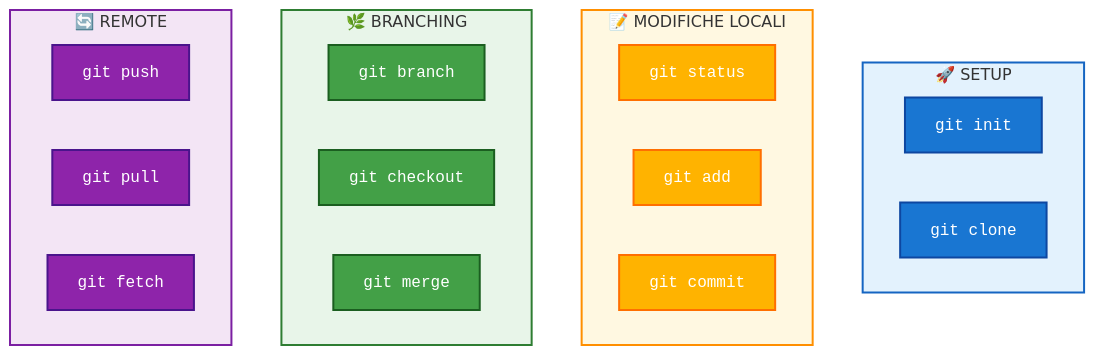
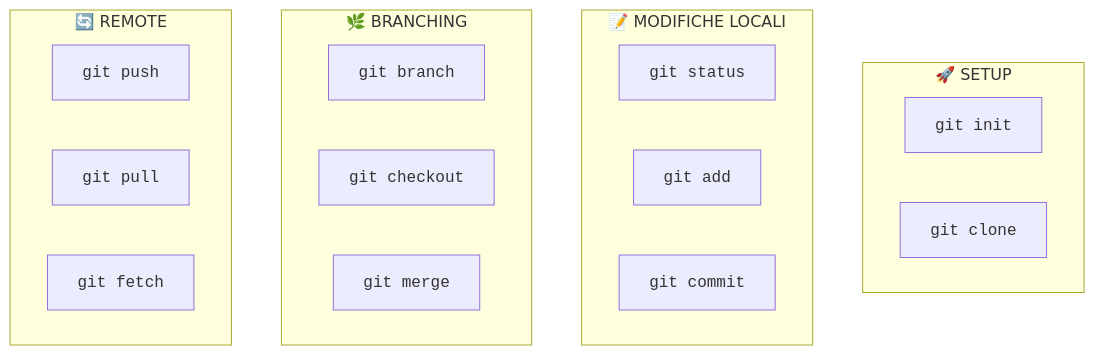
Before and after one commit to DaveFV91/GitCourse: the seventh of 7 diagrams in 01-teoria/01-vcs-git-basics.md, drawn with Mermaid. The commit also changed other lines of this file and 1 other file, not shown here.

````diff
--- a/01-teoria/01-vcs-git-basics.md
+++ b/01-teoria/01-vcs-git-basics.md
@@ -254,46 +174,29 @@
 ```mermaid
 flowchart TB
     subgraph SETUP["🚀 SETUP"]
         direction LR
         A["<code>git init</code>"]
         B["<code>git clone</code>"]
     end
     
     subgraph LOCAL["📝 MODIFICHE LOCALI"]
         direction LR
         C["<code>git status</code>"]
         D["<code>git add</code>"]
         E["<code>git commit</code>"]
     end
     
     subgraph BRANCH["🌿 BRANCHING"]
         direction LR
         F["<code>git branch</code>"]
         G["<code>git checkout</code>"]
         H["<code>git merge</code>"]
     end
     
     subgraph REMOTE["🔄 REMOTE"]
         direction LR
         I["<code>git push</code>"]
         J["<code>git pull</code>"]
         K["<code>git fetch</code>"]
     end
-    
-    style SETUP fill:#E3F2FD,stroke:#1565C2,stroke-width:2px
-    style LOCAL fill:#FFF8E1,stroke:#FF8F00,stroke-width:2px
-    style BRANCH fill:#E8F5E9,stroke:#2E7D32,stroke-width:2px
-    style REMOTE fill:#F3E5F5,stroke:#7B1FA2,stroke-width:2px
-    
-    style A fill:#1976D2,stroke:#0D47A1,stroke-width:2px,color:#fff
-    style B fill:#1976D2,stroke:#0D47A1,stroke-width:2px,color:#fff
-    style C fill:#FFB300,stroke:#FF6F00,stroke-width:2px,color:#fff
-    style D fill:#FFB300,stroke:#FF6F00,stroke-width:2px,color:#fff
-    style E fill:#FFB300,stroke:#FF6F00,stroke-width:2px,color:#fff
-    style F fill:#43A047,stroke:#1B5E20,stroke-width:2px,color:#fff
-    style G fill:#43A047,stroke:#1B5E20,stroke-width:2px,color:#fff
-    style H fill:#43A047,stroke:#1B5E20,stroke-width:2px,color:#fff
-    style I fill:#8E24AA,stroke:#4A148C,stroke-width:2px,color:#fff
-    style J fill:#8E24AA,stroke:#4A148C,stroke-width:2px,color:#fff
-    style K fill:#8E24AA,stroke:#4A148C,stroke-width:2px,color:#fff
 ```
````
